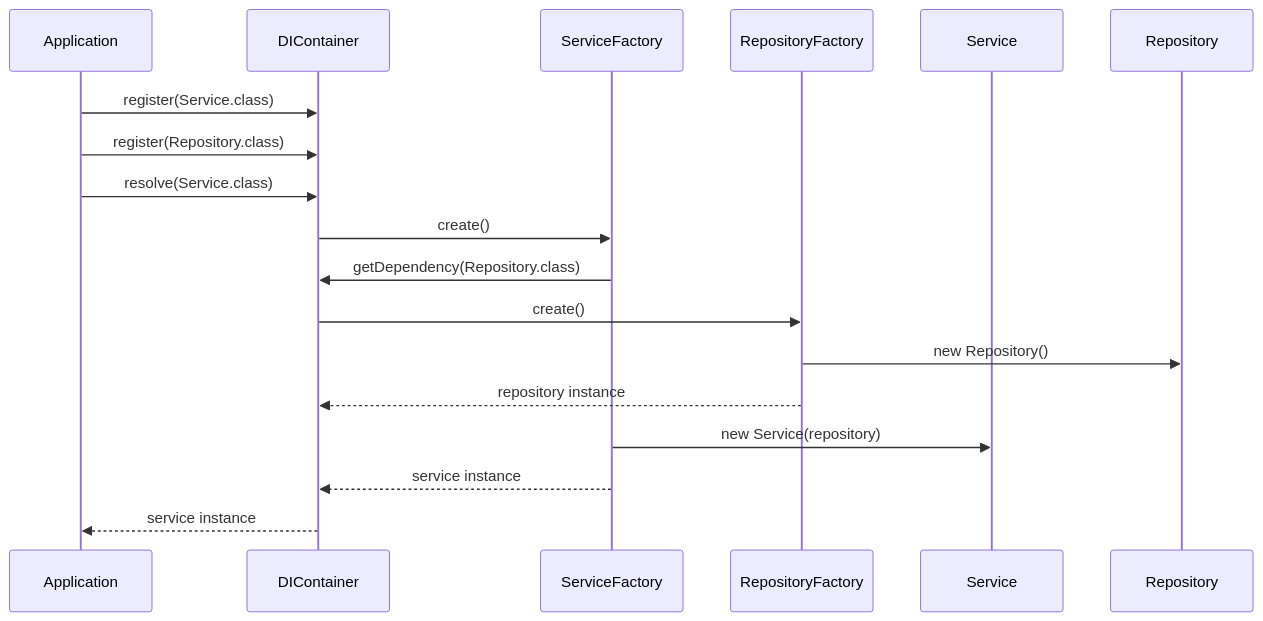
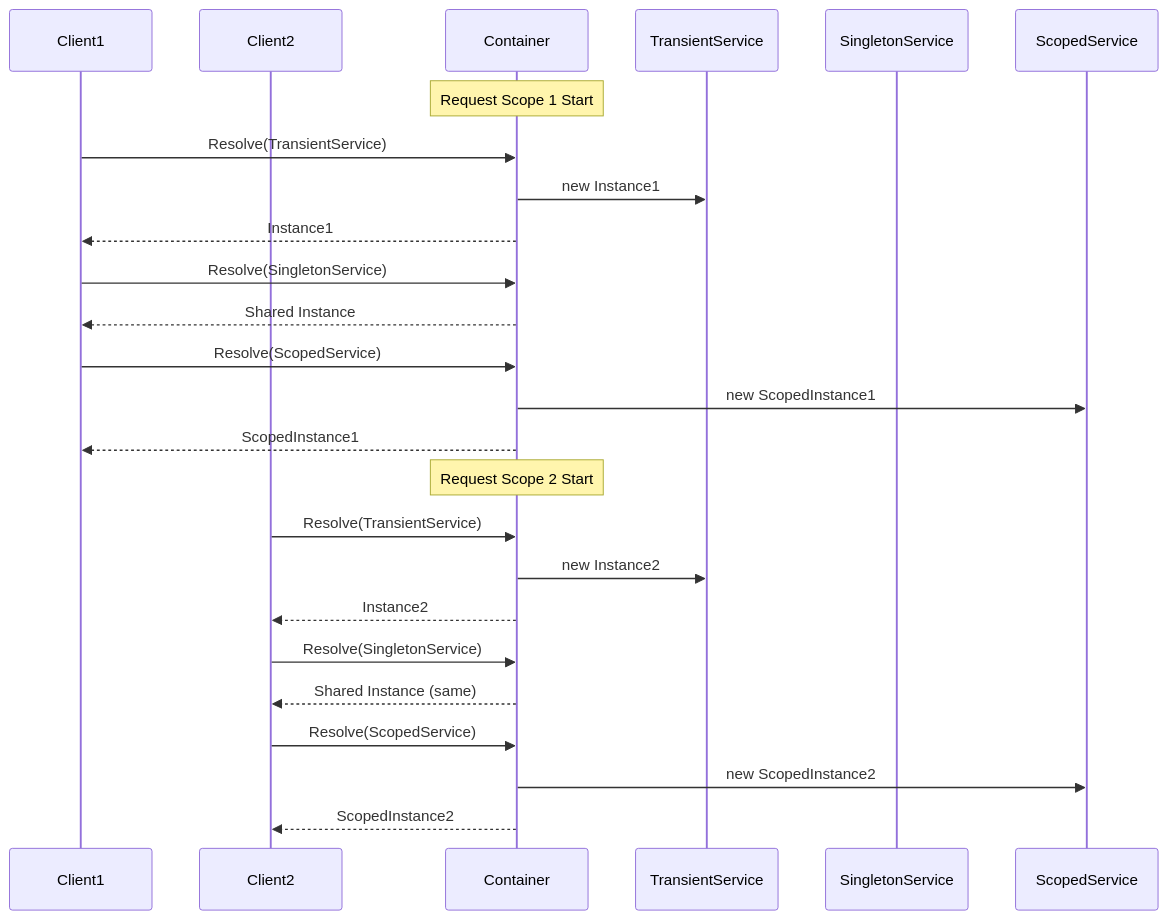
Before and after one commit to gtnao/viblog: the fifth of 7 diagrams in articles/programming/dependency_injection.md, drawn with Mermaid. The commit also changed other lines of this file and 3 other files, not shown here.

````diff
--- a/articles/programming/dependency_injection.md
+++ b/articles/programming/dependency_injection.md
@@ -81,22 +278,33 @@
 ```mermaid
 sequenceDiagram
-    participant Application
-    participant DIContainer
-    participant ServiceFactory
-    participant RepositoryFactory
-    participant Service
-    participant Repository
+    participant Client1
+    participant Client2
+    participant Container
+    participant TransientService
+    participant SingletonService
+    participant ScopedService
     
-    Application->>DIContainer: register(Service.class)
-    Application->>DIContainer: register(Repository.class)
-    Application->>DIContainer: resolve(Service.class)
+    Note over Container: Request Scope 1 Start
+    Client1->>Container: Resolve(TransientService)
+    Container->>TransientService: new Instance1
+    Container-->>Client1: Instance1
     
-    DIContainer->>ServiceFactory: create()
-    ServiceFactory->>DIContainer: getDependency(Repository.class)
-    DIContainer->>RepositoryFactory: create()
-    RepositoryFactory->>Repository: new Repository()
-    RepositoryFactory-->>DIContainer: repository instance
-    ServiceFactory->>Service: new Service(repository)
-    ServiceFactory-->>DIContainer: service instance
-    DIContainer-->>Application: service instance
+    Client1->>Container: Resolve(SingletonService)
+    Container-->>Client1: Shared Instance
+    
+    Client1->>Container: Resolve(ScopedService)
+    Container->>ScopedService: new ScopedInstance1
+    Container-->>Client1: ScopedInstance1
+    
+    Note over Container: Request Scope 2 Start
+    Client2->>Container: Resolve(TransientService)
+    Container->>TransientService: new Instance2
+    Container-->>Client2: Instance2
+    
+    Client2->>Container: Resolve(SingletonService)
+    Container-->>Client2: Shared Instance (same)
+    
+    Client2->>Container: Resolve(ScopedService)
+    Container->>ScopedService: new ScopedInstance2
+    Container-->>Client2: ScopedInstance2
 ```
````
